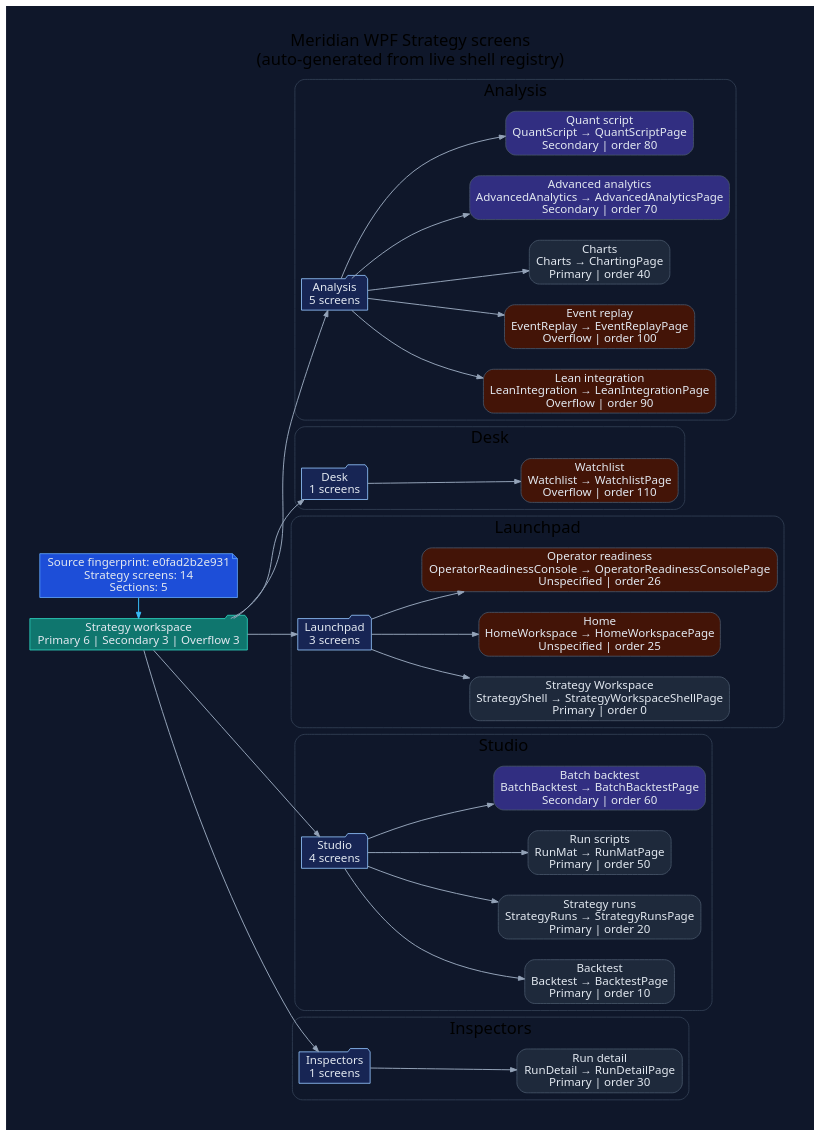
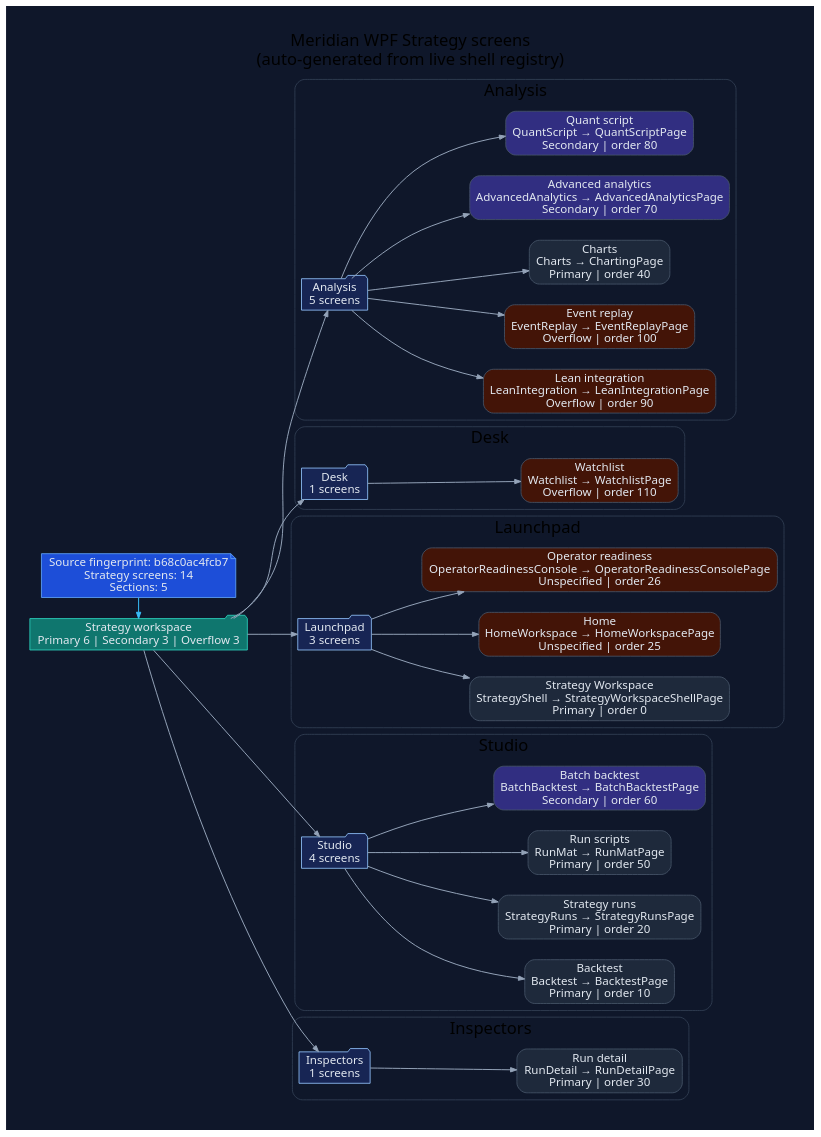
The diagram in docs/diagrams/ui-wpf-screens-strategy.dot (rodoHasArrived/Meridian-main), drawn with Graphviz before and after one commit. The commit also changed 26 other files, not shown here.

First line of the commit message:
docs(generated): regenerate UI diagrams and refresh reviewed hashes after merging main

```diff
--- a/docs/diagrams/ui-wpf-screens-strategy.dot
+++ b/docs/diagrams/ui-wpf-screens-strategy.dot
@@ -1,94 +1,94 @@
 // -----------------------------------------------------------------------------
 // <auto-generated>
 // Generated by scripts/generate-diagrams.mjs.
 // Do not edit this file directly; update the WPF source files instead.
 // -----------------------------------------------------------------------------
 digraph WpfStrategyScreens {
   graph [
     rankdir=LR,
     labelloc=t,
     label="Meridian WPF Strategy screens\n(auto-generated from live shell registry)",
     fontname="Segoe UI",
     fontsize=20,
     pad=0.4,
     nodesep=0.35,
     ranksep=0.85,
     bgcolor="#0f172a"
   ];
   node [fontname="Segoe UI", shape=box, style="rounded,filled", color="#475569", fontcolor="#e2e8f0", fillcolor="#1e293b"];
   edge [fontname="Segoe UI", color="#94a3b8", penwidth=1.2, arrowsize=0.75];
 
-  generated [shape=note, fillcolor="#1d4ed8", color="#60a5fa", label="Source fingerprint: e0fad2b2e931\nStrategy screens: 14\nSections: 5"];
+  generated [shape=note, fillcolor="#1d4ed8", color="#60a5fa", label="Source fingerprint: b68c0ac4fcb7\nStrategy screens: 14\nSections: 5"];
   workspace [shape=folder, fillcolor="#0f766e", color="#2dd4bf", label="Strategy workspace\nPrimary 6 | Secondary 3 | Overflow 3"];
   generated -> workspace [color="#38bdf8"];
 
   subgraph cluster_section_1 {
     label="Analysis";
     color="#334155";
     style="rounded";
     section_1 [shape=folder, fillcolor="#172554", color="#93c5fd", label="Analysis\n5 screens"];
     workspace -> section_1;
     screen_LeanIntegration [fillcolor="#431407", label="Lean integration\nLeanIntegration → LeanIntegrationPage\nOverflow | order 90"];
     section_1 -> screen_LeanIntegration;
     screen_EventReplay [fillcolor="#431407", label="Event replay\nEventReplay → EventReplayPage\nOverflow | order 100"];
     section_1 -> screen_EventReplay;
     screen_Charts [fillcolor="#1e293b", label="Charts\nCharts → ChartingPage\nPrimary | order 40"];
     section_1 -> screen_Charts;
     screen_AdvancedAnalytics [fillcolor="#312e81", label="Advanced analytics\nAdvancedAnalytics → AdvancedAnalyticsPage\nSecondary | order 70"];
     section_1 -> screen_AdvancedAnalytics;
     screen_QuantScript [fillcolor="#312e81", label="Quant script\nQuantScript → QuantScriptPage\nSecondary | order 80"];
     section_1 -> screen_QuantScript;
   }
 
   subgraph cluster_section_2 {
     label="Desk";
     color="#334155";
     style="rounded";
     section_2 [shape=folder, fillcolor="#172554", color="#93c5fd", label="Desk\n1 screens"];
     workspace -> section_2;
     screen_Watchlist [fillcolor="#431407", label="Watchlist\nWatchlist → WatchlistPage\nOverflow | order 110"];
     section_2 -> screen_Watchlist;
   }
 
   subgraph cluster_section_3 {
     label="Launchpad";
     color="#334155";
     style="rounded";
     section_3 [shape=folder, fillcolor="#172554", color="#93c5fd", label="Launchpad\n3 screens"];
     workspace -> section_3;
     screen_StrategyShell [fillcolor="#1e293b", label="Strategy Workspace\nStrategyShell → StrategyWorkspaceShellPage\nPrimary | order 0"];
     section_3 -> screen_StrategyShell;
     screen_HomeWorkspace [fillcolor="#431407", label="Home\nHomeWorkspace → HomeWorkspacePage\nUnspecified | order 25"];
     section_3 -> screen_HomeWorkspace;
     screen_OperatorReadinessConsole [fillcolor="#431407", label="Operator readiness\nOperatorReadinessConsole → OperatorReadinessConsolePage\nUnspecified | order 26"];
     section_3 -> screen_OperatorReadinessConsole;
   }
 
   subgraph cluster_section_4 {
     label="Studio";
     color="#334155";
     style="rounded";
     section_4 [shape=folder, fillcolor="#172554", color="#93c5fd", label="Studio\n4 screens"];
     workspace -> section_4;
     screen_Backtest [fillcolor="#1e293b", label="Backtest\nBacktest → BacktestPage\nPrimary | order 10"];
     section_4 -> screen_Backtest;
     screen_StrategyRuns [fillcolor="#1e293b", label="Strategy runs\nStrategyRuns → StrategyRunsPage\nPrimary | order 20"];
     section_4 -> screen_StrategyRuns;
     screen_RunMat [fillcolor="#1e293b", label="Run scripts\nRunMat → RunMatPage\nPrimary | order 50"];
     section_4 -> screen_RunMat;
     screen_BatchBacktest [fillcolor="#312e81", label="Batch backtest\nBatchBacktest → BatchBacktestPage\nSecondary | order 60"];
     section_4 -> screen_BatchBacktest;
   }
 
   subgraph cluster_section_5 {
     label="Inspectors";
     color="#334155";
     style="rounded";
     section_5 [shape=folder, fillcolor="#172554", color="#93c5fd", label="Inspectors\n1 screens"];
     workspace -> section_5;
     screen_RunDetail [fillcolor="#1e293b", label="Run detail\nRunDetail → RunDetailPage\nPrimary | order 30"];
     section_5 -> screen_RunDetail;
   }
 
   { rank=min; generated; workspace; }
 }
```
